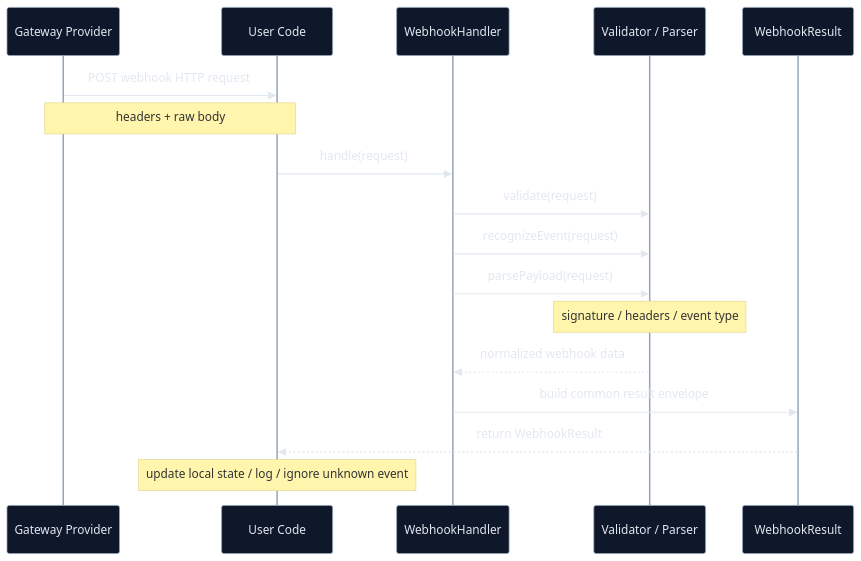
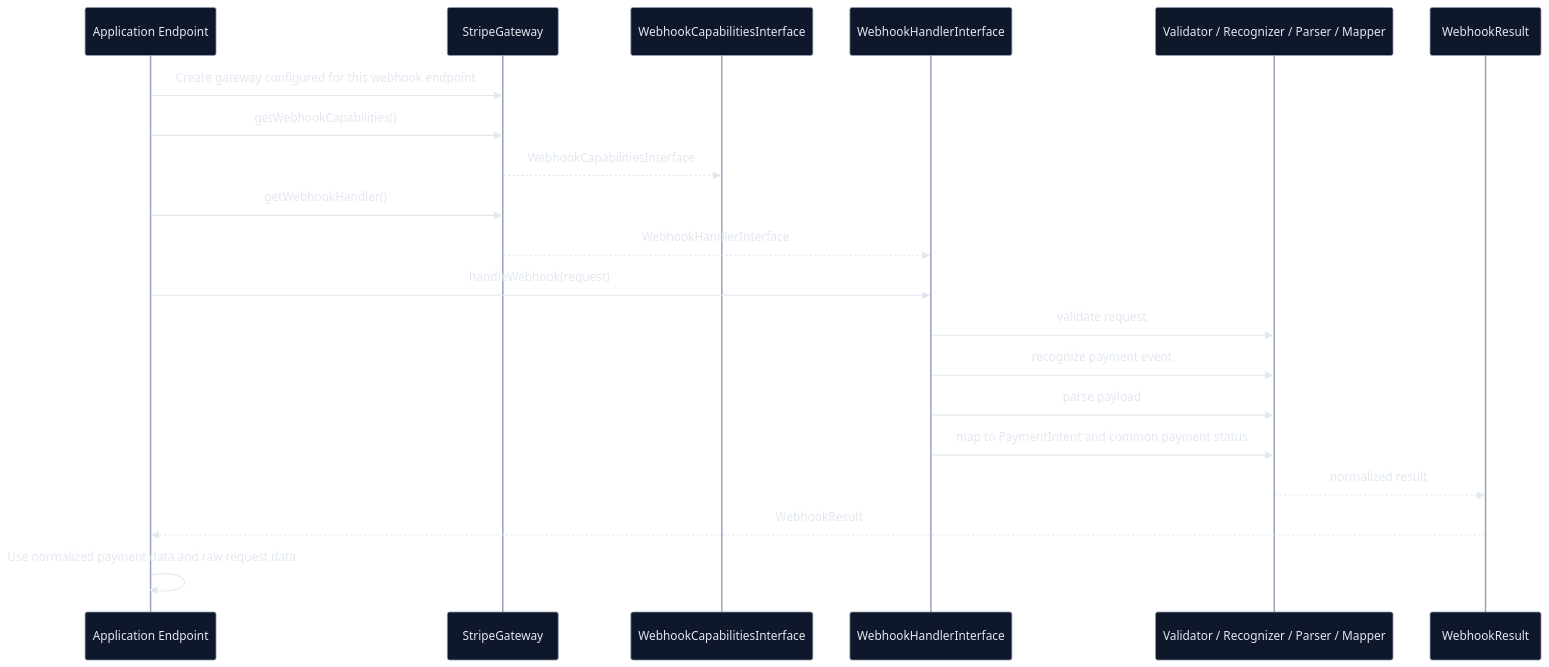
The second of 2 diagrams in README.md (yiisoft/payments), drawn with Mermaid before and after one commit. The commit also changed other lines of this file, not shown here.

````diff
--- a/README.md
+++ b/README.md
@@ -749,32 +706,35 @@
 ```mermaid
 %%{init: {"theme":"base","themeVariables": {
   "background":"transparent",
   "fontFamily":"ui-sans-serif, system-ui, -apple-system, Segoe UI, Roboto, Arial, sans-serif",
   "primaryColor":"#0f172a",
   "primaryTextColor":"#e2e8f0",
   "primaryBorderColor":"#94a3b8",
   "lineColor":"#94a3b8",
   "secondaryColor":"#052e16",
   "tertiaryColor":"#1e293b",
   "clusterBkg":"#0b1220",
   "clusterBorder":"#334155"
 }}}%%
 sequenceDiagram
-    participant GP as Gateway Provider
-    participant UC as User Code
-    participant WH as WebhookHandler
-    participant VP as Validator / Parser
-    participant WR as WebhookResult
+    participant A as Application Endpoint
+    participant G as StripeGateway
+    participant C as WebhookCapabilitiesInterface
+    participant H as WebhookHandlerInterface
+    participant V as Validator / Recognizer / Parser / Mapper
+    participant R as WebhookResult
 
-    GP->>UC: POST webhook HTTP request
-    Note over GP,UC: headers + raw body
-    UC->>WH: handle(request)
-    WH->>VP: validate(request)
-    WH->>VP: recognizeEvent(request)
-    WH->>VP: parsePayload(request)
-    Note over VP: signature / headers / event type
-    VP-->>WH: normalized webhook data
-    WH->>WR: build common result envelope
-    WR-->>UC: return WebhookResult
-    Note over UC: update local state / log / ignore unknown event
+    A->>G: Create gateway configured for this webhook endpoint
+    A->>G: getWebhookCapabilities()
+    G-->>C: WebhookCapabilitiesInterface
+    A->>G: getWebhookHandler()
+    G-->>H: WebhookHandlerInterface
+    A->>H: handleWebhook(request)
+    H->>V: validate request
+    H->>V: recognize payment event
+    H->>V: parse payload
+    H->>V: map to PaymentIntent and common payment status
+    V-->>R: normalized result
+    R-->>A: WebhookResult
+    A->>A: Use normalized payment data and raw request data
 ```
````
